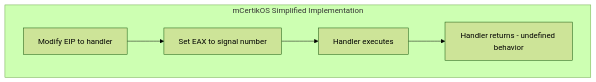
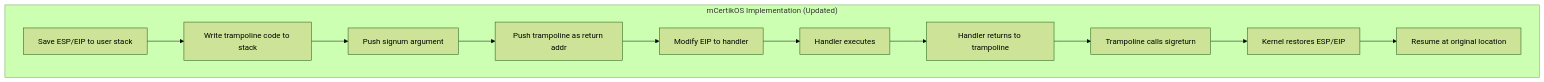
One commit to SillyCatto/OS_Project-Signal changed the seventh of 8 diagrams in docs/03_signal_delivery.md. Above: the diagram before and after it, drawn with Mermaid (forest theme). The commit also changed other lines of this file and 9 other files, not shown here.

````diff
--- a/docs/03_signal_delivery.md
+++ b/docs/03_signal_delivery.md
@@ -376,11 +410,17 @@
 ```mermaid
 flowchart TB
-    subgraph Current["mCertikOS Simplified Implementation"]
-        A[Modify EIP to handler]
-        B[Set EAX to signal number]
-        C[Handler executes]
-        D[Handler returns - undefined behavior]
+    subgraph Current["mCertikOS Implementation (Updated)"]
+        A[Save ESP/EIP to user stack]
+        B[Write trampoline code to stack]
+        C[Push signum argument]
+        D[Push trampoline as return addr]
+        E[Modify EIP to handler]
+        F[Handler executes]
+        G[Handler returns to trampoline]
+        H[Trampoline calls sigreturn]
+        I[Kernel restores ESP/EIP]
+        J[Resume at original location]
     end
 
-    A --> B --> C --> D
+    A --> B --> C --> D --> E --> F --> G --> H --> I --> J
 ```
````
